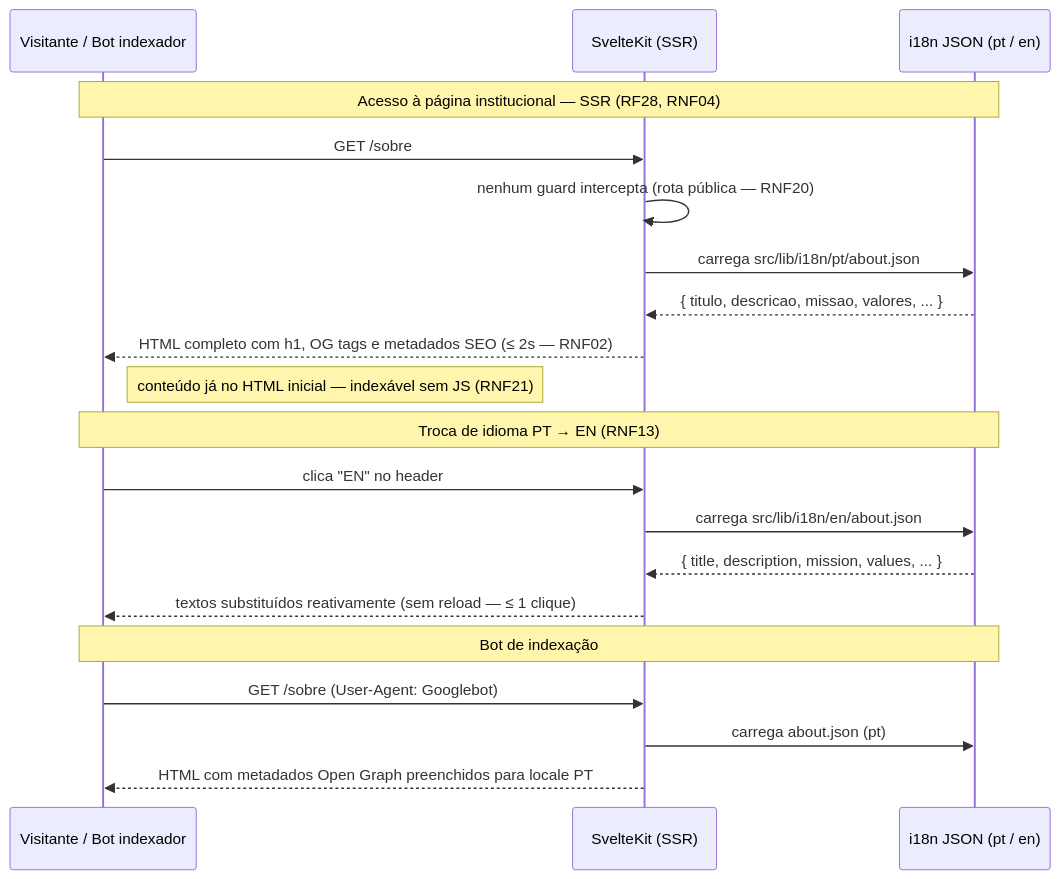
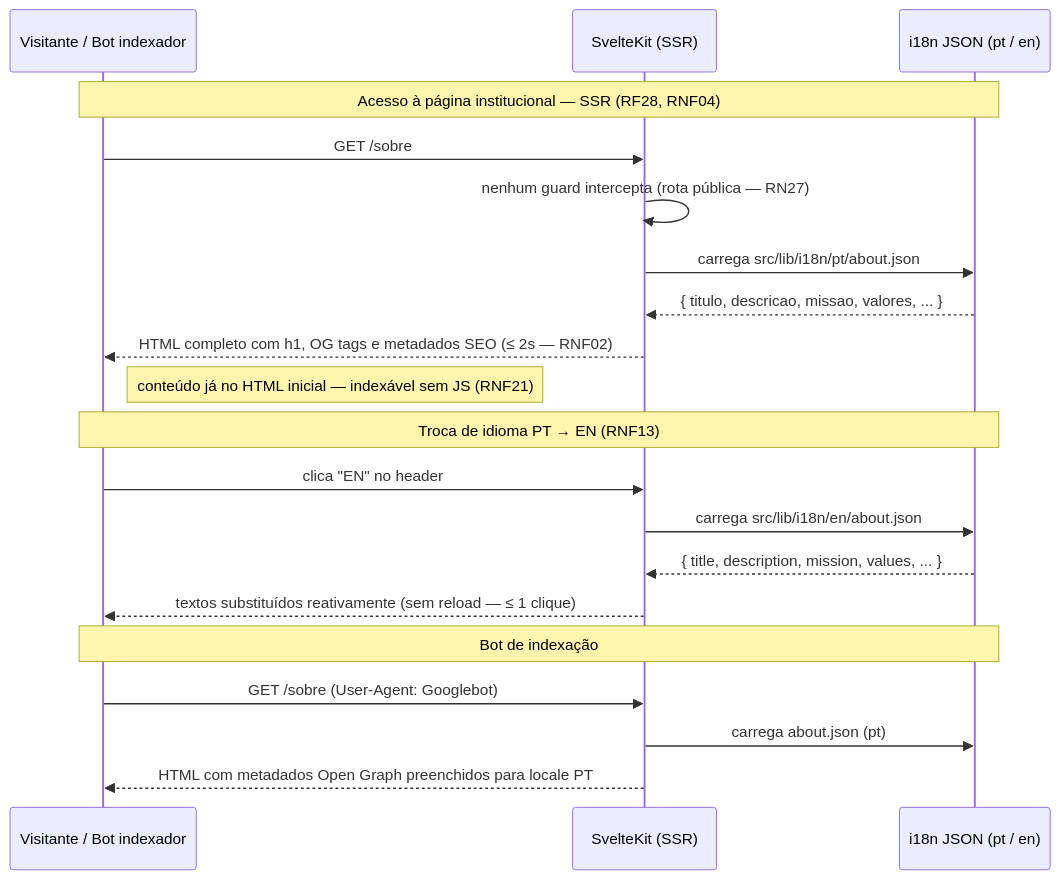
Before and after one commit to Bappoz/CrianexHub: the seventh of 10 diagrams in gh-pages/docusaurus/docs/iteracoes/iteracao-1/evidencias/diagrama-formal.md, drawn with Mermaid. The commit also changed other lines of this file and 24 other files, not shown here.

````diff
--- a/gh-pages/docusaurus/docs/iteracoes/iteracao-1/evidencias/diagrama-formal.md
+++ b/gh-pages/docusaurus/docs/iteracoes/iteracao-1/evidencias/diagrama-formal.md
@@ -409,25 +409,25 @@
 ```mermaid
 sequenceDiagram
     participant V as Visitante / Bot indexador
     participant SK as SvelteKit (SSR)
     participant I18N as i18n JSON (pt / en)
 
     Note over V,I18N: Acesso à página institucional — SSR (RF28, RNF04)
     V->>SK: GET /sobre
-    SK->>SK: nenhum guard intercepta (rota pública — RNF20)
+    SK->>SK: nenhum guard intercepta (rota pública — RN27)
     SK->>I18N: carrega src/lib/i18n/pt/about.json
     I18N-->>SK: { titulo, descricao, missao, valores, ... }
     SK-->>V: HTML completo com h1, OG tags e metadados SEO (≤ 2s — RNF02)
     Note right of V: conteúdo já no HTML inicial — indexável sem JS (RNF21)
 
     Note over V,I18N: Troca de idioma PT → EN (RNF13)
     V->>SK: clica "EN" no header
     SK->>I18N: carrega src/lib/i18n/en/about.json
     I18N-->>SK: { title, description, mission, values, ... }
     SK-->>V: textos substituídos reativamente (sem reload — ≤ 1 clique)
 
     Note over V,I18N: Bot de indexação
     V->>SK: GET /sobre (User-Agent: Googlebot)
     SK->>I18N: carrega about.json (pt)
     SK-->>V: HTML com metadados Open Graph preenchidos para locale PT
 ```
````
